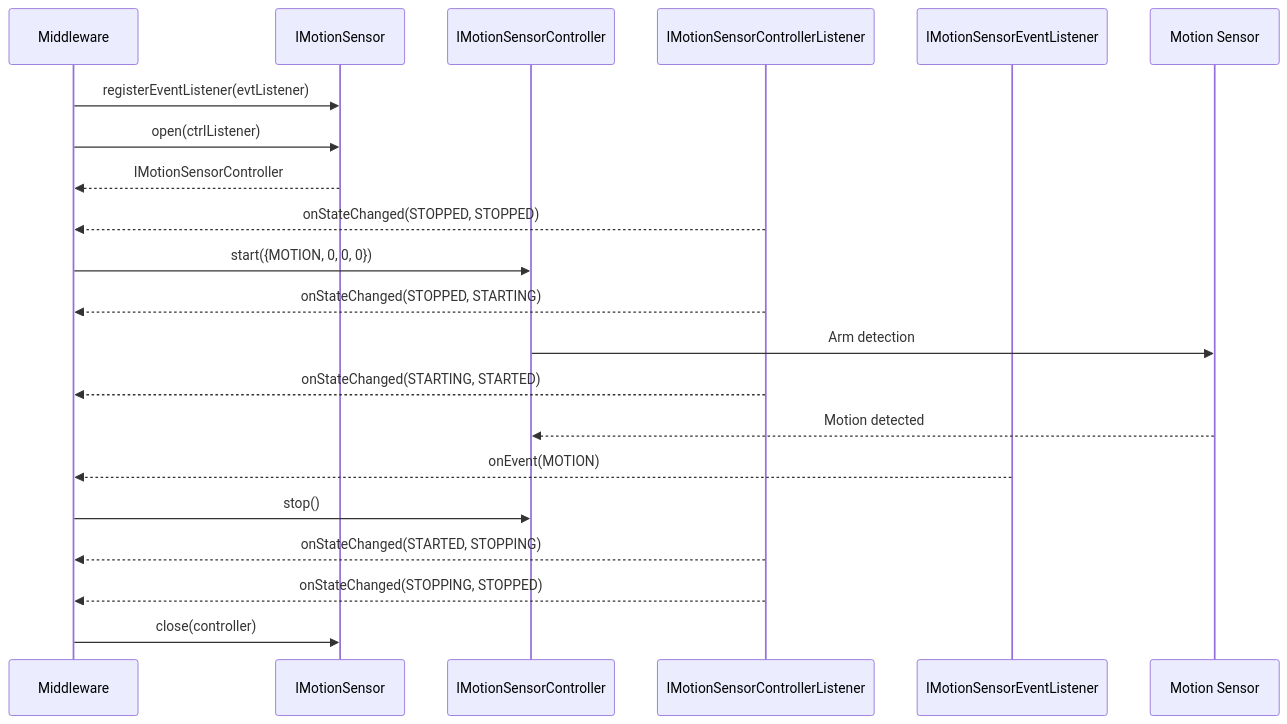
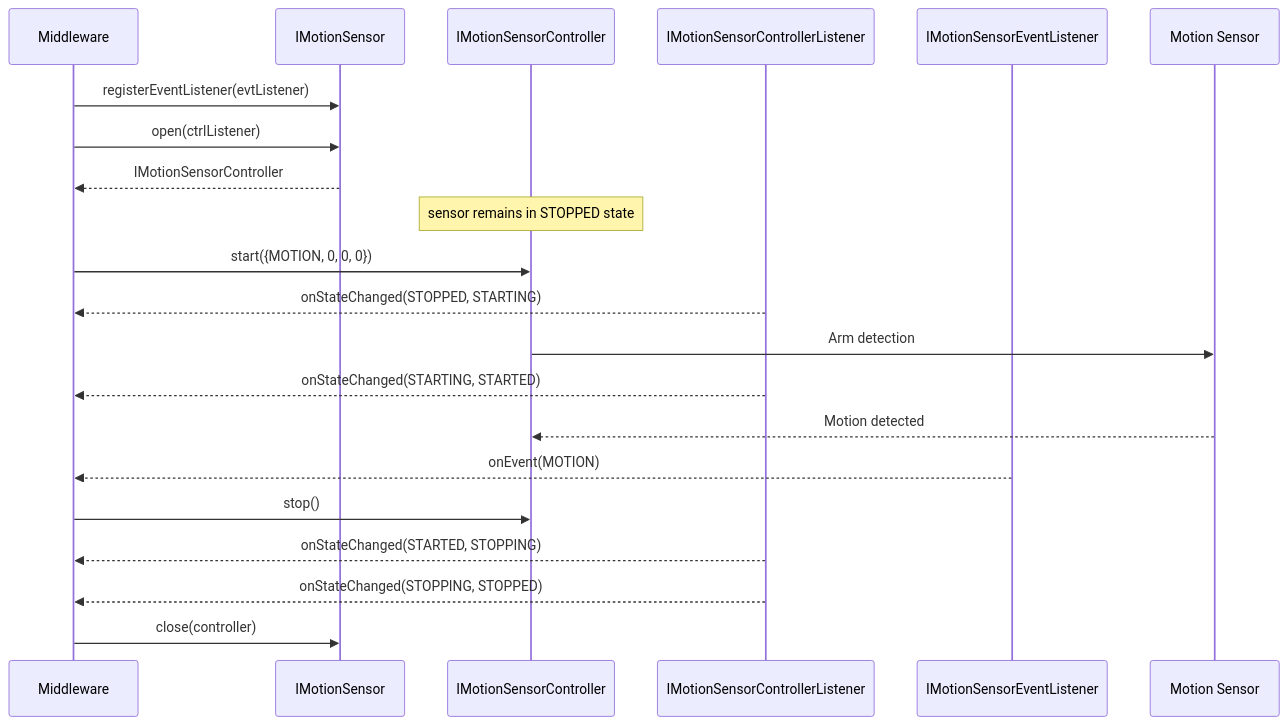
One commit to rdkcentral/rdk-halif-aidl changed the second of 3 diagrams in docs/halif/sensor/current/motion/motion_sensor.md. Above: the diagram before and after it, drawn with Mermaid. The commit also changed 2 other files, not shown here.

````diff
--- a/docs/halif/sensor/current/motion/motion_sensor.md
+++ b/docs/halif/sensor/current/motion/motion_sensor.md
@@ -265,28 +265,28 @@
 ```mermaid
 sequenceDiagram
     participant MW as Middleware
     participant Sensor as IMotionSensor
     participant Ctrl as IMotionSensorController
     participant CtrlL as IMotionSensorControllerListener
     participant EvtL as IMotionSensorEventListener
     participant HW as Motion Sensor
 
     MW->>Sensor: registerEventListener(evtListener)
     MW->>Sensor: open(ctrlListener)
     Sensor-->>MW: IMotionSensorController
-    CtrlL-->>MW: onStateChanged(STOPPED, STOPPED)
+    Note over Ctrl: sensor remains in STOPPED state
 
     MW->>Ctrl: start({MOTION, 0, 0, 0})
     CtrlL-->>MW: onStateChanged(STOPPED, STARTING)
     Ctrl->>HW: Arm detection
     CtrlL-->>MW: onStateChanged(STARTING, STARTED)
 
     HW-->>Ctrl: Motion detected
     EvtL-->>MW: onEvent(MOTION)
 
     MW->>Ctrl: stop()
     CtrlL-->>MW: onStateChanged(STARTED, STOPPING)
     CtrlL-->>MW: onStateChanged(STOPPING, STOPPED)
 
     MW->>Sensor: close(controller)
 ```
````
